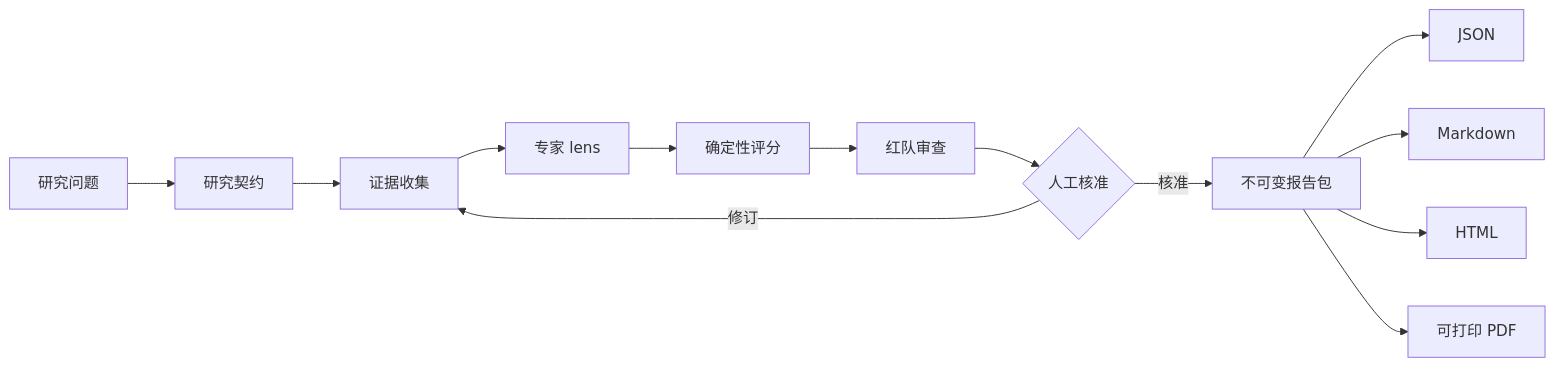
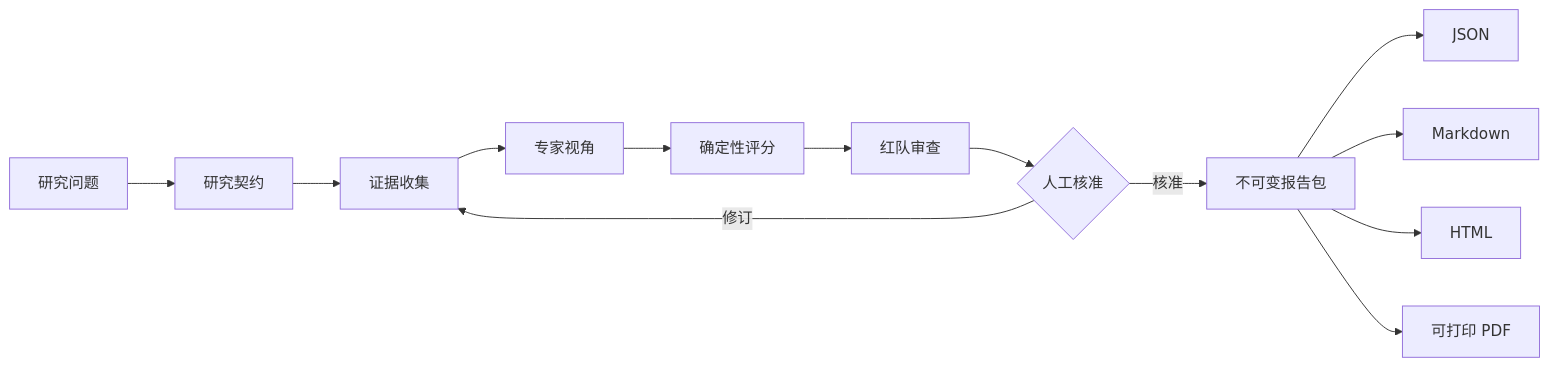
One commit to MapleQiAN/Fathomark changed the first of 2 diagrams in README.zh-CN.md. Above: the diagram before and after it, drawn with Mermaid. The commit also changed other lines of this file, not shown here.

````diff
--- a/README.zh-CN.md
+++ b/README.zh-CN.md
@@ -64,15 +64,15 @@
 ```mermaid
 flowchart LR
     Q[研究问题] --> C[研究契约]
     C --> E[证据收集]
-    E --> L[专家 lens]
+    E --> L[专家视角]
     L --> S[确定性评分]
     S --> R[红队审查]
     R --> H{人工核准}
     H -->|修订| E
     H -->|核准| P[不可变报告包]
     P --> J[JSON]
     P --> M[Markdown]
     P --> HT[HTML]
     P --> PDF[可打印 PDF]
 ```
````
